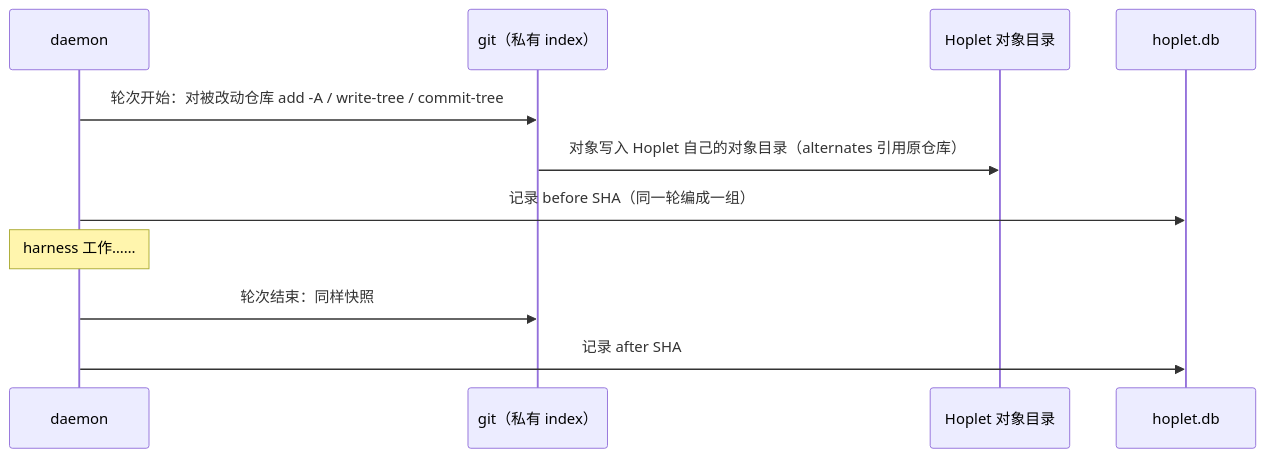
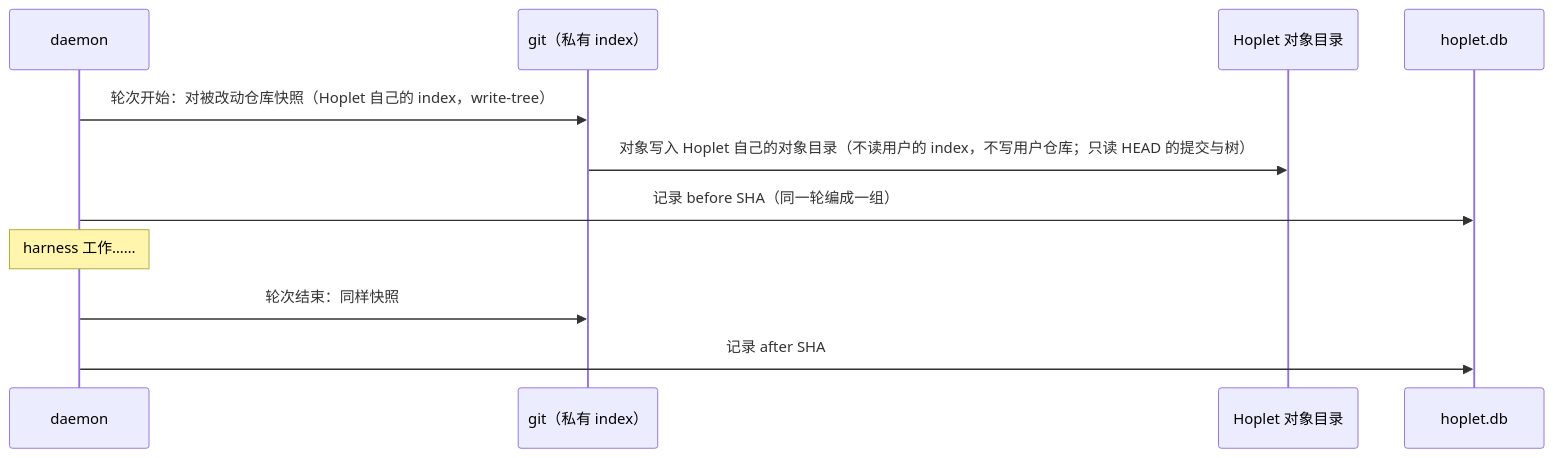
The second of 3 diagrams in docs/design/0008-workspace-lifecycle.md (yangflow/hoplet), drawn with Mermaid before and after one commit. The commit also changed other lines of this file and 34 other files, not shown here.

````diff
--- a/docs/design/0008-workspace-lifecycle.md
+++ b/docs/design/0008-workspace-lifecycle.md
@@ -64,13 +64,13 @@
 ```mermaid
 sequenceDiagram
     participant D as daemon
     participant G as git（私有 index）
     participant O as Hoplet 对象目录
     participant DB as hoplet.db
-    D->>G: 轮次开始：对被改动仓库 add -A / write-tree / commit-tree
-    G->>O: 对象写入 Hoplet 自己的对象目录（alternates 引用原仓库）
+    D->>G: 轮次开始：对被改动仓库快照（Hoplet 自己的 index，write-tree）
+    G->>O: 对象写入 Hoplet 自己的对象目录（不读用户的 index，不写用户仓库；只读 HEAD 的提交与树）
     D->>DB: 记录 before SHA（同一轮编成一组）
     Note over D: harness 工作……
     D->>G: 轮次结束：同样快照
     D->>DB: 记录 after SHA
 ```
````
